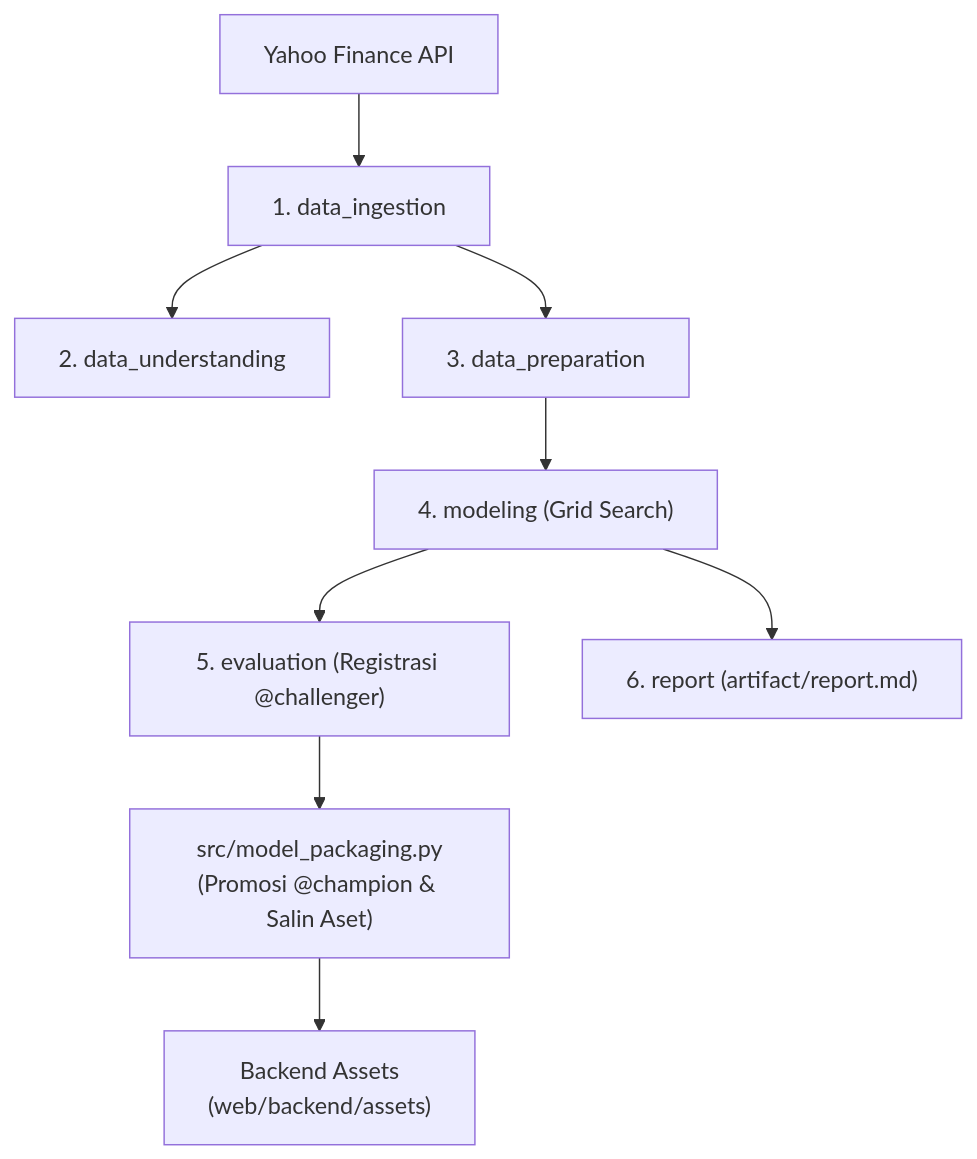
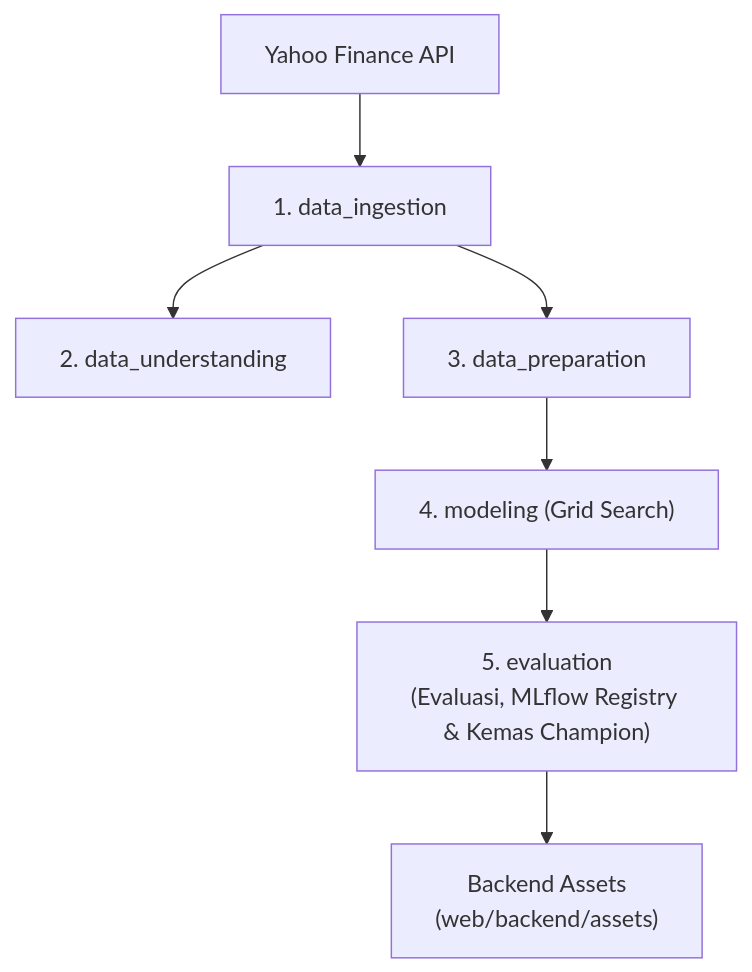
The diagram in README.md (qoriib/MLOps-Stock-Forecasting), drawn with Mermaid before and after one commit. The commit also changed other lines of this file and 4 other files, not shown here.

Commit message:
docs & ci: update deployment workflow, load tests, and pipeline architecture

````diff
--- a/README.md
+++ b/README.md
@@ -23,11 +23,9 @@
 ```mermaid
 flowchart TD
     YF["Yahoo Finance API"] --> S1["1. data_ingestion"]
     S1 --> S2["2. data_understanding"]
     S1 --> S3["3. data_preparation"]
     S3 --> S4["4. modeling (Grid Search)"]
-    S4 --> S5["5. evaluation (Registrasi @challenger)"]
-    S4 --> S6["6. report (artifact/report.md)"]
-    S5 --> PKG["src/model_packaging.py\n(Promosi @champion & Salin Aset)"]
-    PKG --> BACKEND["Backend Assets\n(web/backend/assets)"]
+    S4 --> S5["5. evaluation\n(Evaluasi, MLflow Registry & Kemas Champion)"]
+    S5 --> BACKEND["Backend Assets\n(web/backend/assets)"]
 ```
````
